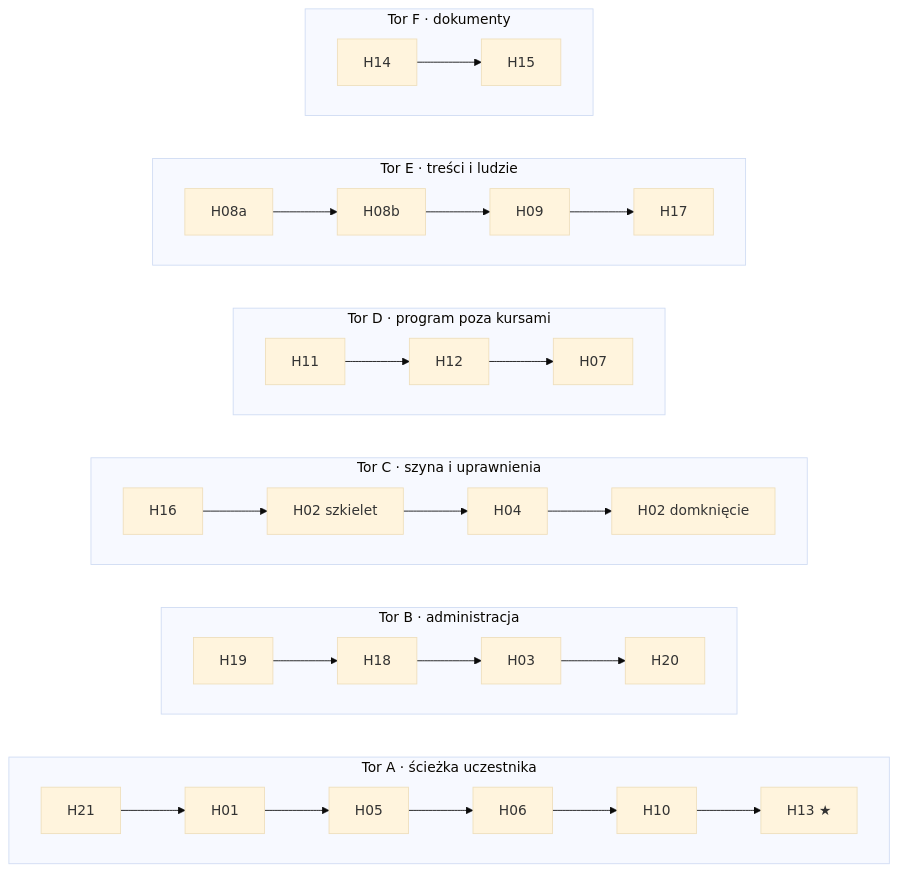
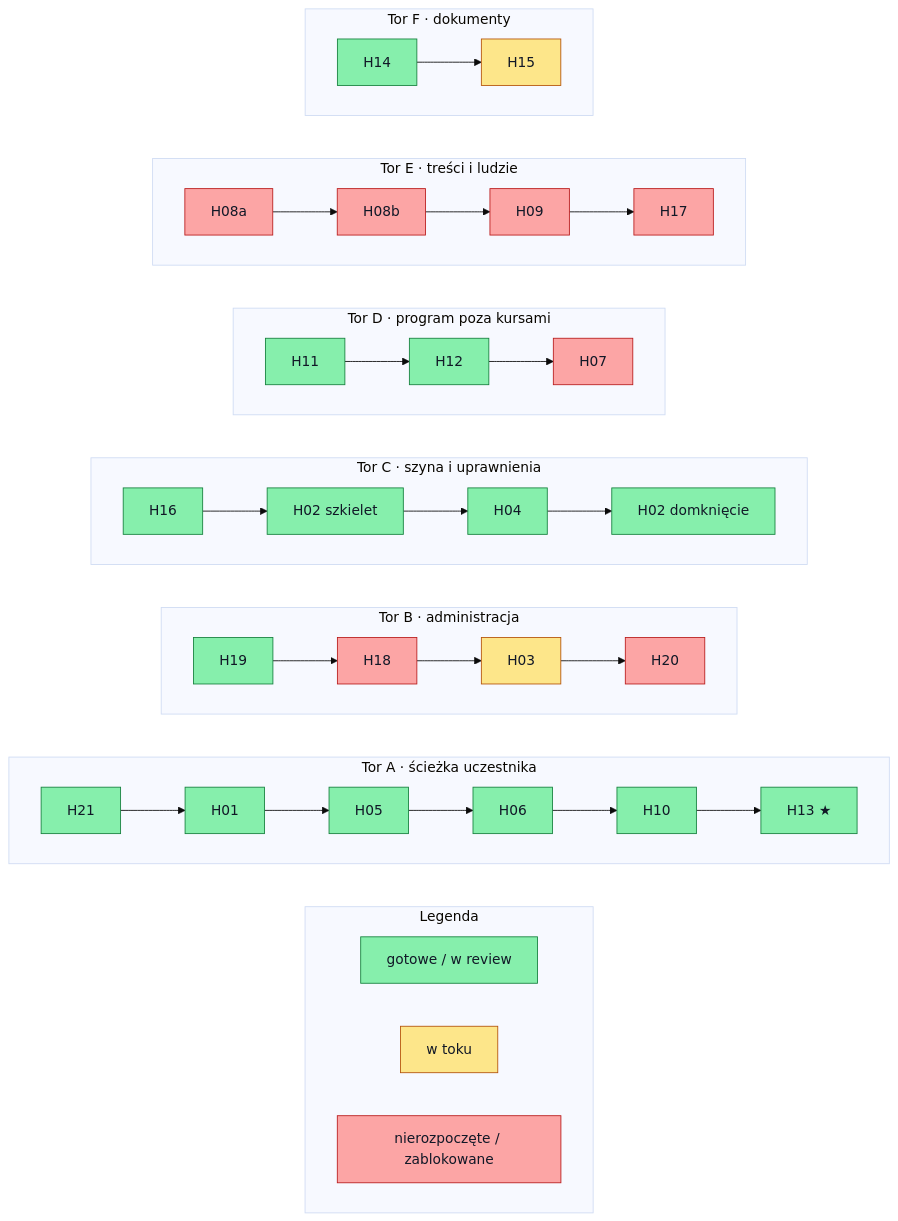
The fourth of 5 diagrams in docs/hackathon/05-zaleznosci-pakietow.md (tomekwilczak/psychon-hackaton), drawn with Mermaid (base theme) before and after one commit. The commit also changed other lines of this file, not shown here.

Commit message:
docs(hackathon): color-code package status in track diagram
Section 6.1's "Sześć torów" diagram now reflects live status from
koordynacja-pakietow-h01-h21/tasks.md (green=done/review,
yellow=in progress, red=blocked/unclaimed) instead of a single flat color.

Claude-Session: https://claude.ai/code/session_01HniybPsaUW4h39Cz6p4Xud

````diff
--- a/docs/hackathon/05-zaleznosci-pakietow.md
+++ b/docs/hackathon/05-zaleznosci-pakietow.md
@@ -227,29 +227,37 @@
 ```mermaid
 flowchart LR
-  classDef t fill:#fff7ed,stroke:#c2410c,color:#111827
+  classDef done fill:#86efac,stroke:#15803d,color:#111827
+  classDef wip fill:#fde68a,stroke:#b45309,color:#111827
+  classDef todo fill:#fca5a5,stroke:#b91c1c,color:#111827
 
+  subgraph LG["Legenda"]
+    direction LR
+    L1["gotowe / w review"]:::done
+    L2["w toku"]:::wip
+    L3["nierozpoczęte / zablokowane"]:::todo
+  end
   subgraph TA["Tor A · ścieżka uczestnika"]
     direction LR
-    A0["H21"] --> A1["H01"] --> A2["H05"] --> A3["H06"] --> A4["H10"] --> A5["H13 ★"]
+    A0["H21"]:::done --> A1["H01"]:::done --> A2["H05"]:::done --> A3["H06"]:::done --> A4["H10"]:::done --> A5["H13 ★"]:::done
   end
   subgraph TB["Tor B · administracja"]
     direction LR
-    B0["H19"] --> B1["H18"] --> B2["H03"] --> B3["H20"]
+    B0["H19"]:::done --> B1["H18"]:::todo --> B2["H03"]:::wip --> B3["H20"]:::todo
   end
   subgraph TC["Tor C · szyna i uprawnienia"]
     direction LR
-    C0["H16"] --> C1["H02 szkielet"] --> C2["H04"] --> C3["H02 domknięcie"]
+    C0["H16"]:::done --> C1["H02 szkielet"]:::done --> C2["H04"]:::done --> C3["H02 domknięcie"]:::done
   end
   subgraph TD["Tor D · program poza kursami"]
     direction LR
-    D0["H11"] --> D1["H12"] --> D2["H07"]
+    D0["H11"]:::done --> D1["H12"]:::done --> D2["H07"]:::todo
   end
   subgraph TE["Tor E · treści i ludzie"]
     direction LR
-    E0["H08a"] --> E1["H08b"] --> E2["H09"] --> E3["H17"]
+    E0["H08a"]:::todo --> E1["H08b"]:::todo --> E2["H09"]:::todo --> E3["H17"]:::todo
   end
   subgraph TF["Tor F · dokumenty"]
     direction LR
-    F0["H14"] --> F1["H15"]
+    F0["H14"]:::done --> F1["H15"]:::wip
   end
 ```
````
